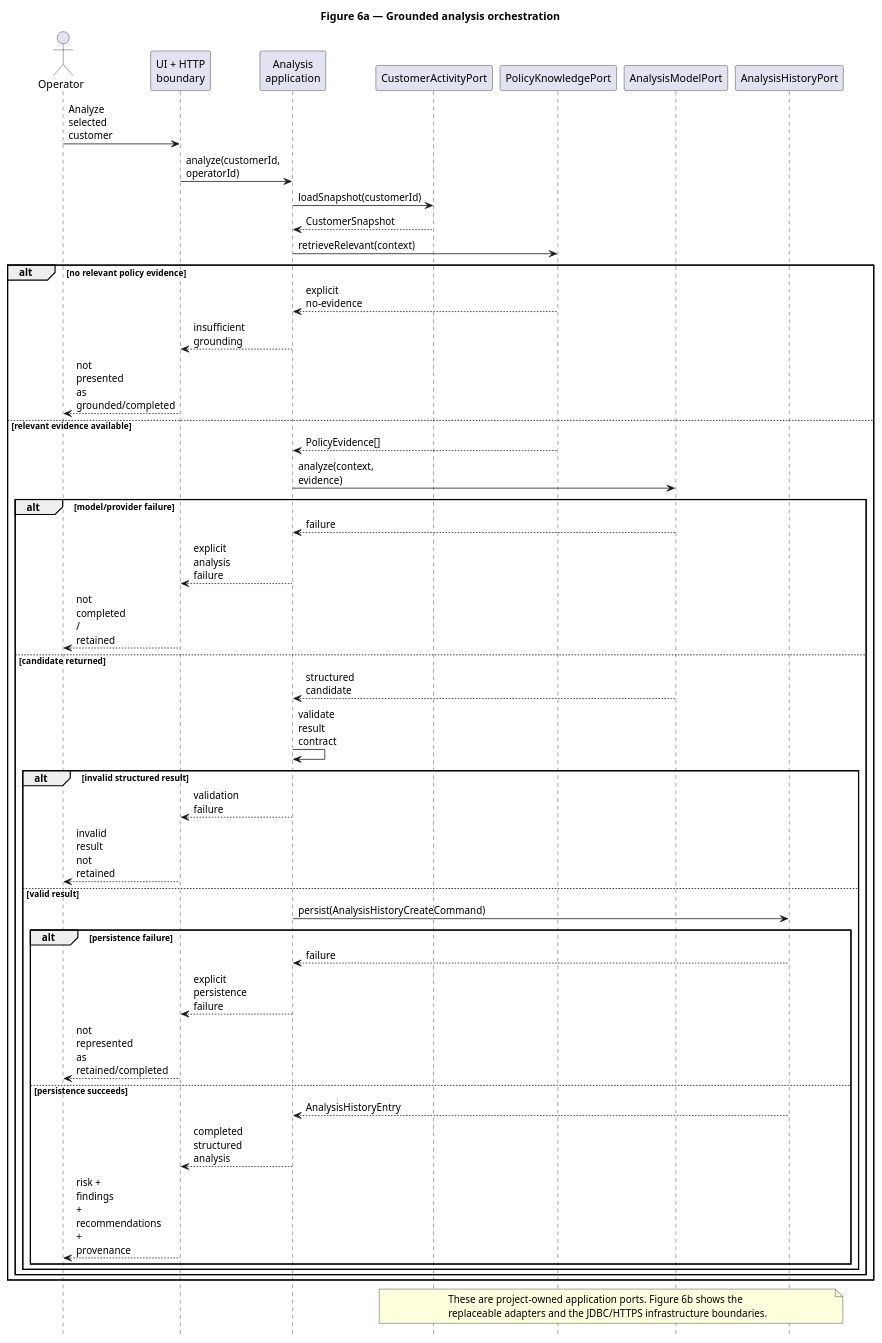
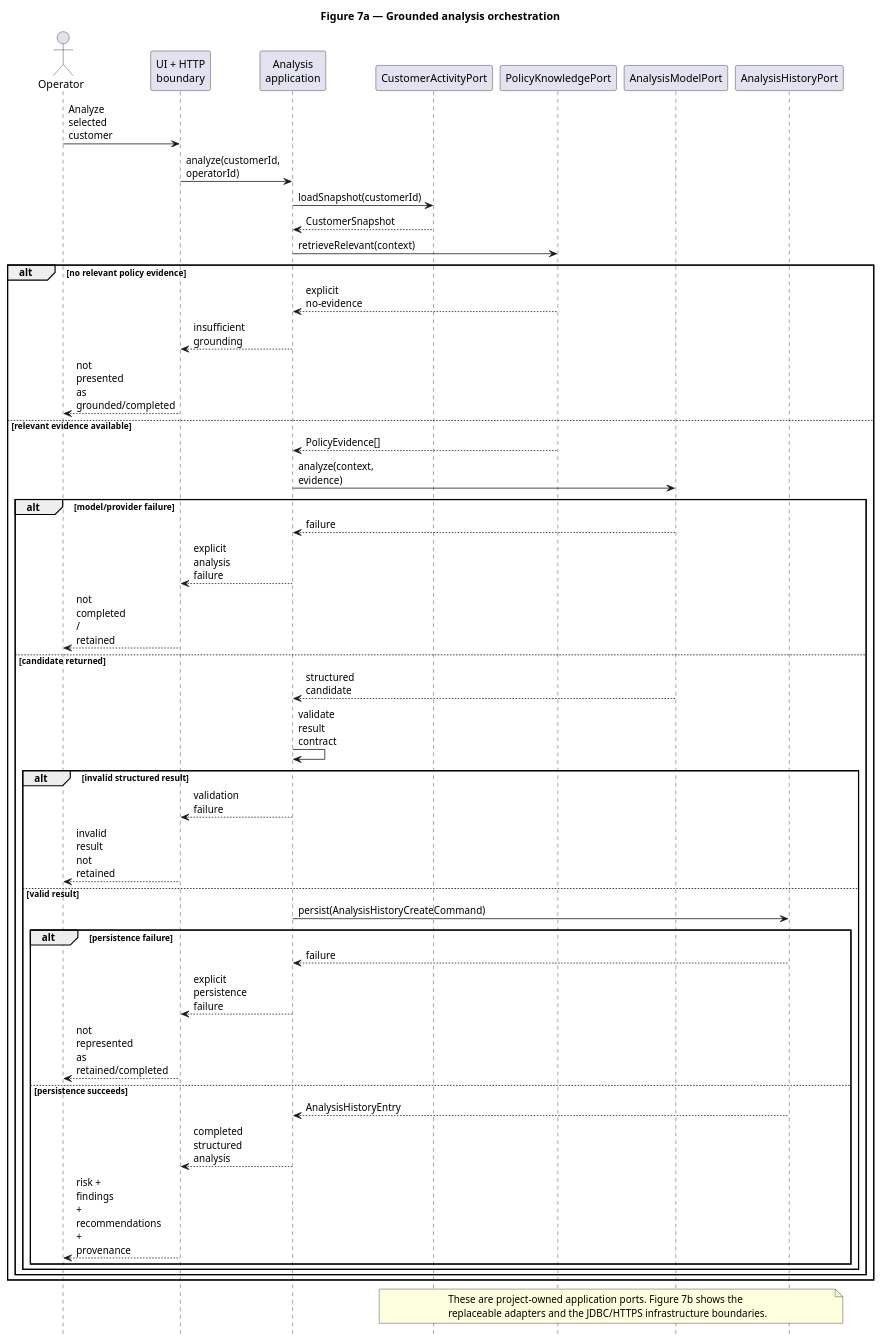
The diagram in docs/assignment/SDD/diagrams/sequence-analysis.puml (jdoe-dev-159753/specgraph-reference-app), drawn with PlantUML before and after one commit.

Commit message:
docs: renumber analysis orchestration figure

```diff
--- a/docs/assignment/SDD/diagrams/sequence-analysis.puml
+++ b/docs/assignment/SDD/diagrams/sequence-analysis.puml
@@ -1,56 +1,56 @@
 @startuml
-title Figure 6a — Grounded analysis orchestration
+title Figure 7a — Grounded analysis orchestration
 hide footbox
 skinparam maxMessageSize 50
 
 actor Operator
 participant "UI + HTTP\nboundary" as Boundary
 participant "Analysis\napplication" as Analysis
 participant "CustomerActivityPort" as Activity
 participant "PolicyKnowledgePort" as Policy
 participant "AnalysisModelPort" as Model
 participant "AnalysisHistoryPort" as History
 
 Operator -> Boundary : Analyze selected customer
 Boundary -> Analysis : analyze(customerId, operatorId)
 Analysis -> Activity : loadSnapshot(customerId)
 Activity --> Analysis : CustomerSnapshot
 Analysis -> Policy : retrieveRelevant(context)
 
 alt no relevant policy evidence
   Policy --> Analysis : explicit no-evidence
   Analysis --> Boundary : insufficient grounding
   Boundary --> Operator : not presented as grounded/completed
 else relevant evidence available
   Policy --> Analysis : PolicyEvidence[]
   Analysis -> Model : analyze(context, evidence)
   alt model/provider failure
     Model --> Analysis : failure
     Analysis --> Boundary : explicit analysis failure
     Boundary --> Operator : not completed / retained
   else candidate returned
     Model --> Analysis : structured candidate
     Analysis -> Analysis : validate result contract
     alt invalid structured result
       Analysis --> Boundary : validation failure
       Boundary --> Operator : invalid result not retained
     else valid result
       Analysis -> History : persist(AnalysisHistoryCreateCommand)
       alt persistence failure
         History --> Analysis : failure
         Analysis --> Boundary : explicit persistence failure
         Boundary --> Operator : not represented as retained/completed
       else persistence succeeds
         History --> Analysis : AnalysisHistoryEntry
         Analysis --> Boundary : completed structured analysis
         Boundary --> Operator : risk + findings + recommendations + provenance
       end
     end
   end
 end
 
 note over Activity,History
-  These are project-owned application ports. Figure 6b shows the
+  These are project-owned application ports. Figure 7b shows the
   replaceable adapters and the JDBC/HTTPS infrastructure boundaries.
 end note
 @enduml
```
